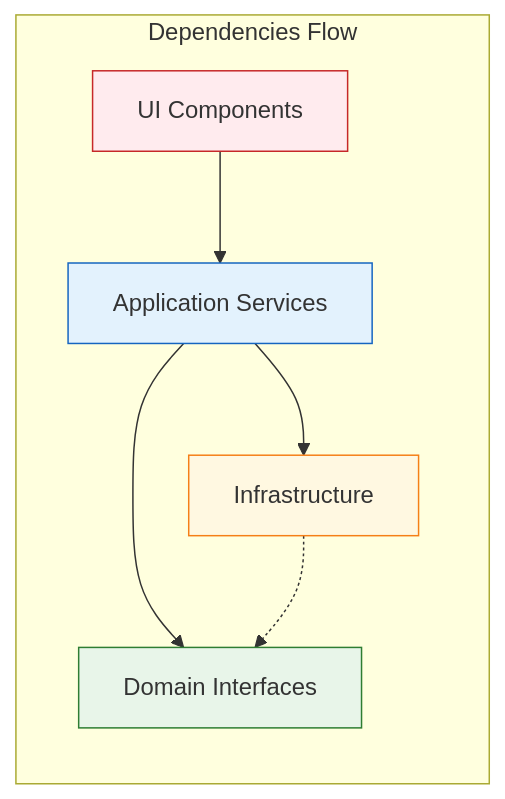
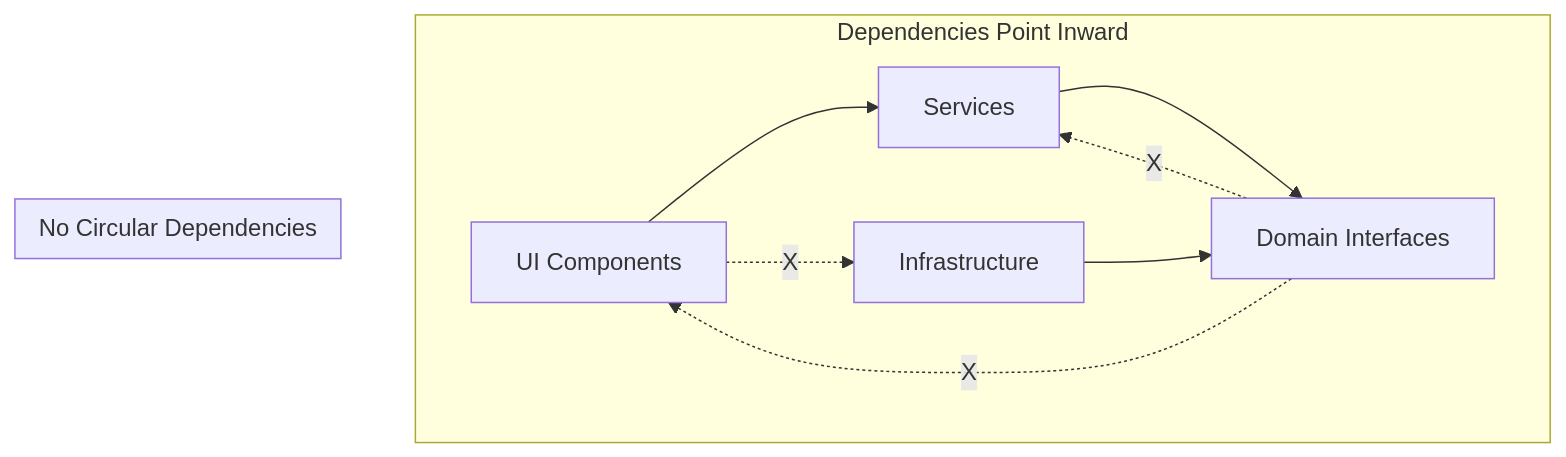
The third of 6 diagrams in docs/architecture/overview.md (o2alexanderfedin/angular-cas-disot), drawn with Mermaid before and after one commit. The commit also changed other lines of this file and 18 other files, not shown here.

````diff
--- a/docs/architecture/overview.md
+++ b/docs/architecture/overview.md
@@ -81,14 +85,19 @@
 ```mermaid
-graph LR
-    subgraph "Dependencies Flow"
-        A[UI Components] --> B[Application Services]
-        B --> C[Domain Interfaces]
-        B --> D[Infrastructure]
-        D -.-> C
+graph TD
+    subgraph "Dependencies Point Inward"
+        UI[UI Components]
+        SVC[Services]
+        INTF[Domain Interfaces]
+        INFRA[Infrastructure]
+        
+        UI --> SVC
+        SVC --> INTF
+        INFRA --> INTF
     end
     
-    style A fill:#ffebee,stroke:#c62828
-    style B fill:#e3f2fd,stroke:#1565c0
-    style C fill:#e8f5e9,stroke:#2e7d32
-    style D fill:#fff8e1,stroke:#f57f17
+    subgraph "No Circular Dependencies"
+        UI -.X.-> INFRA
+        INTF -.X.-> SVC
+        INTF -.X.-> UI
+    end
 ```
````
